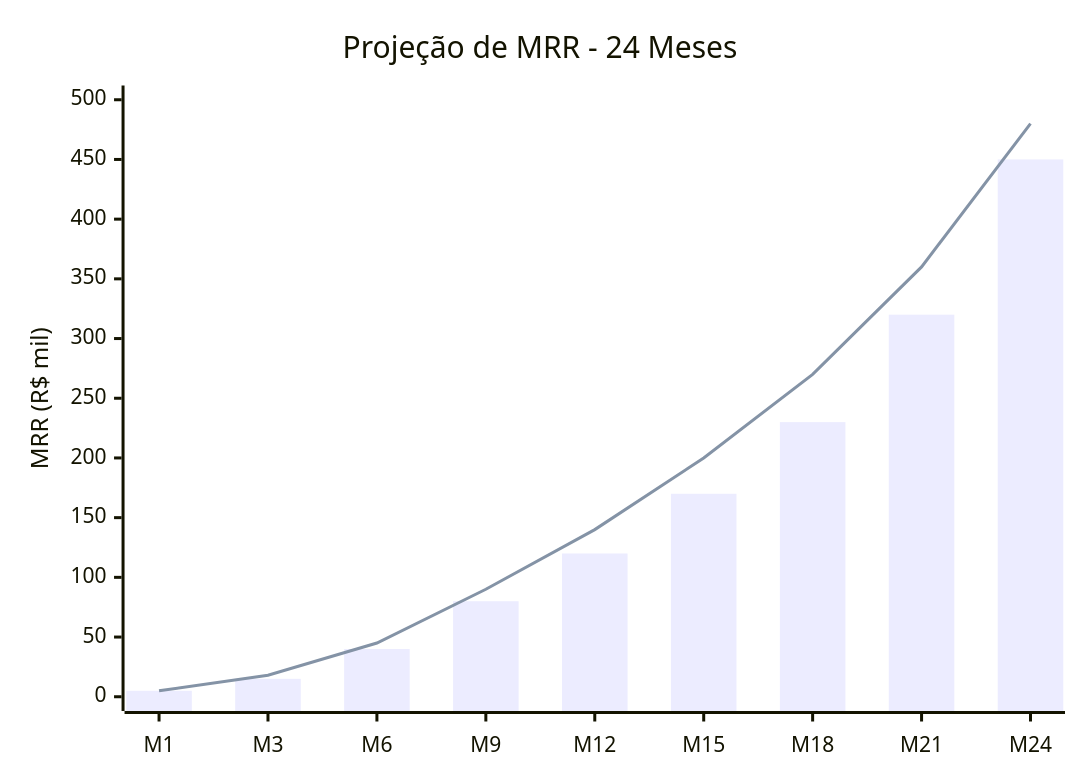
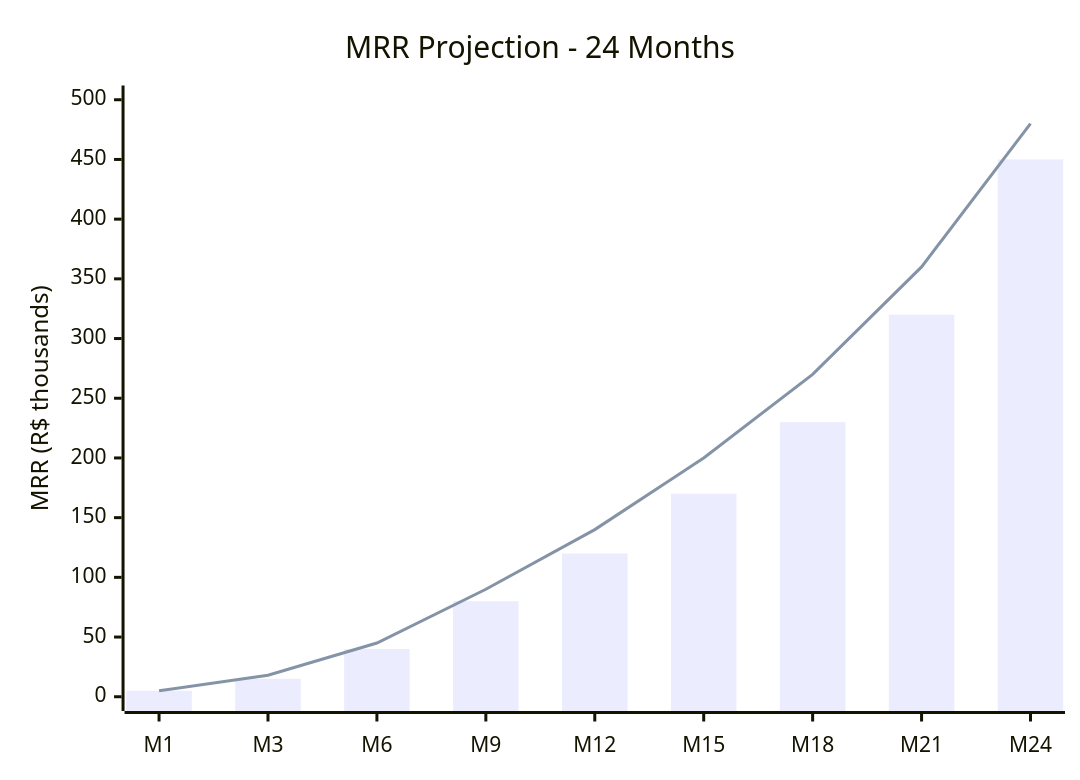
Before and after one commit to RenanLisboa8/n8n-clinic-multiagent: the fifth of 12 diagrams in docs/MONETIZATION.md, drawn with Mermaid. The commit also changed other lines of this file and 4 other files, not shown here.

First line of the commit message:
Update documentation and diagrams for improved clarity and accessibility

````diff
--- a/docs/MONETIZATION.md
+++ b/docs/MONETIZATION.md
@@ -169,8 +171,8 @@
 ```mermaid
 xychart-beta
-    title "Projeção de MRR - 24 Meses"
+    title "MRR Projection - 24 Months"
     x-axis [M1, M3, M6, M9, M12, M15, M18, M21, M24]
-    y-axis "MRR (R$ mil)" 0 --> 500
+    y-axis "MRR (R$ thousands)" 0 --> 500
     bar [5, 15, 40, 80, 120, 170, 230, 320, 450]
     line [5, 18, 45, 90, 140, 200, 270, 360, 480]
 ```
````
